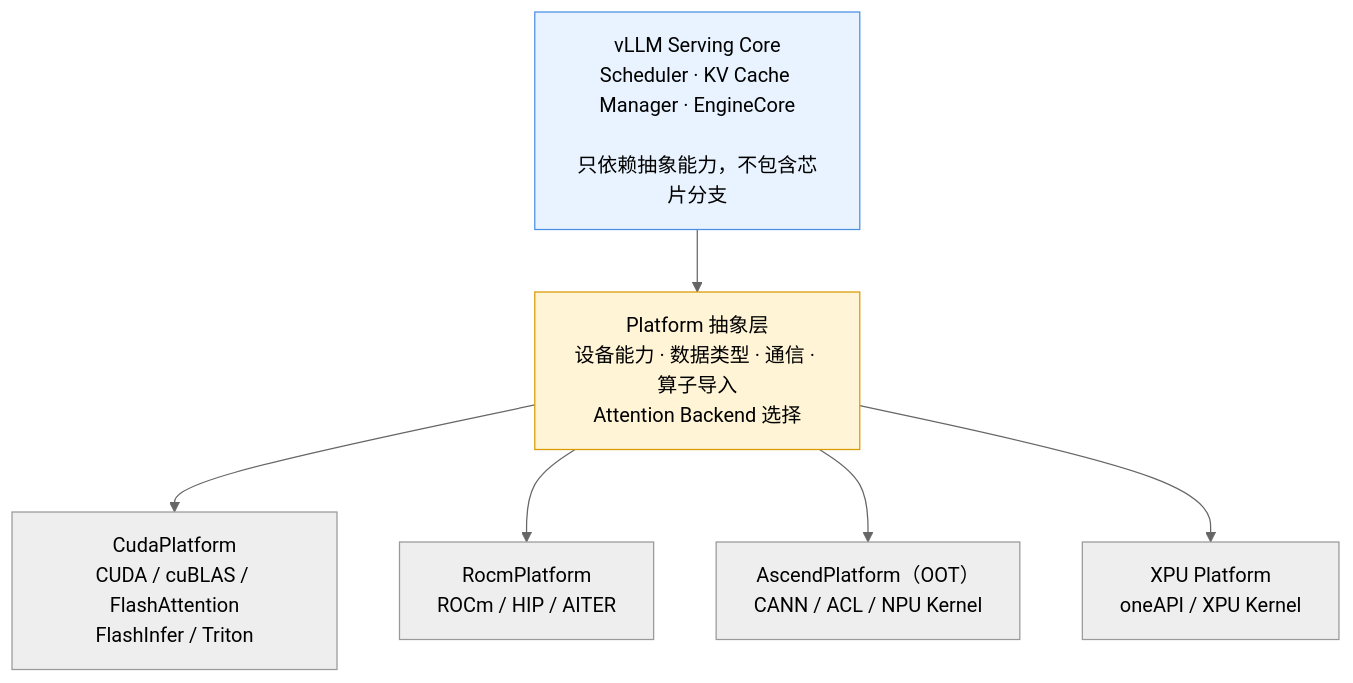
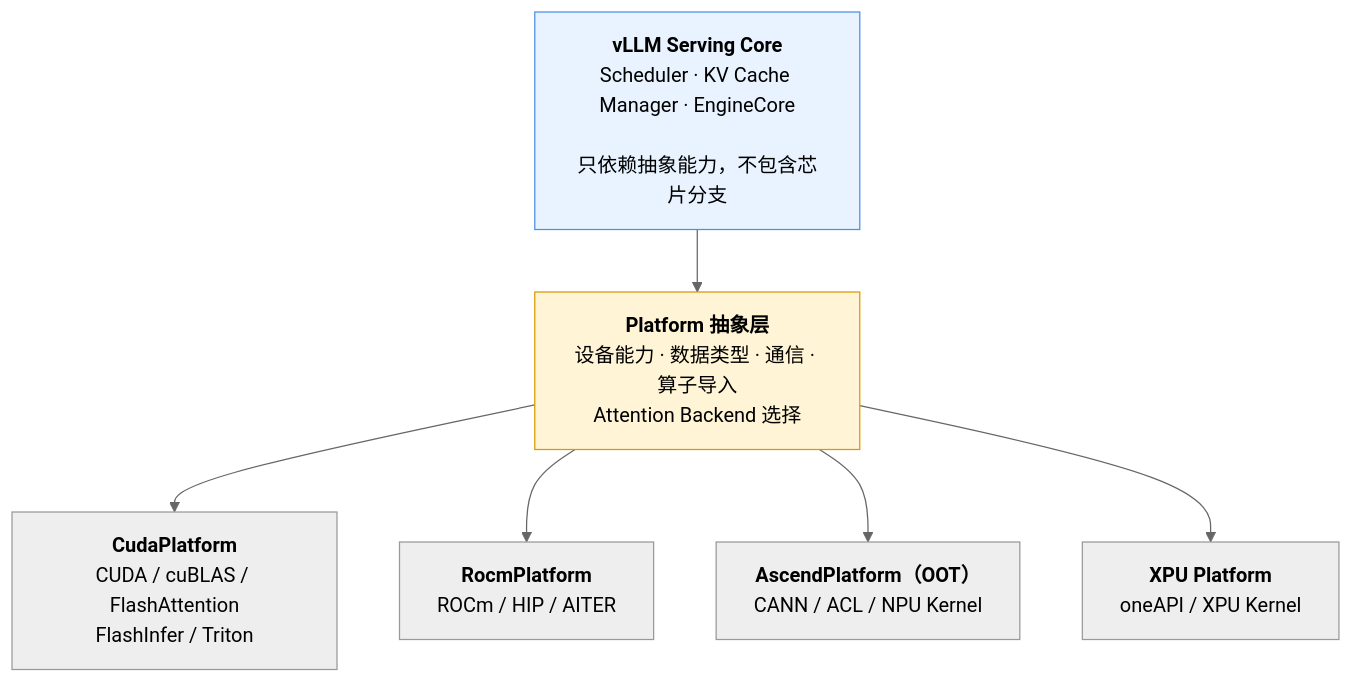
The first of 6 diagrams in _posts/2026-08-23-hardware-abstraction-and-portability.md (arganzheng/arganzheng.github.com), drawn with Mermaid (neutral theme) before and after one commit. The commit also changed other lines of this file and 14 other files, not shown here.

First line of the commit message:
大模型推理系统揭秘：从 vLLM 看 LLM Serving Infra 核心技术：Mermaid 多行方框的首行标为标题（15 篇）

````diff
--- a/_posts/2026-08-23-hardware-abstraction-and-portability.md
+++ b/_posts/2026-08-23-hardware-abstraction-and-portability.md
@@ -118,22 +118,22 @@
 ```mermaid
 %% 图：硬件适配的理想依赖关系：Serving Core 只依赖 Platform 抽象层，CUDA / ROCm / Ascend / XPU 在其下各自实现
 graph TD
-    CORE["vLLM Serving Core<br/>Scheduler · KV Cache Manager · EngineCore<br/><br/>只依赖抽象能力，不包含芯片分支"]
+    CORE["<b>vLLM Serving Core</b><br/>Scheduler · KV Cache Manager · EngineCore<br/><br/>只依赖抽象能力，不包含芯片分支"]
 
     CORE --> PLATFORM
 
-    PLATFORM["Platform 抽象层<br/>设备能力 · 数据类型 · 通信 · 算子导入<br/>Attention Backend 选择"]
+    PLATFORM["<b>Platform 抽象层</b><br/>设备能力 · 数据类型 · 通信 · 算子导入<br/>Attention Backend 选择"]
 
     PLATFORM --> CUDA
     PLATFORM --> ROCM
     PLATFORM --> ASCEND
     PLATFORM --> XPU
 
-    CUDA["CudaPlatform<br/>CUDA / cuBLAS / FlashAttention<br/>FlashInfer / Triton"]
-    ROCM["RocmPlatform<br/>ROCm / HIP / AITER"]
-    ASCEND["AscendPlatform（OOT）<br/>CANN / ACL / NPU Kernel"]
-    XPU["XPU Platform<br/>oneAPI / XPU Kernel"]
+    CUDA["<b>CudaPlatform</b><br/>CUDA / cuBLAS / FlashAttention<br/>FlashInfer / Triton"]
+    ROCM["<b>RocmPlatform</b><br/>ROCm / HIP / AITER"]
+    ASCEND["<b>AscendPlatform（OOT）</b><br/>CANN / ACL / NPU Kernel"]
+    XPU["<b>XPU Platform</b><br/>oneAPI / XPU Kernel"]
 
     style CORE fill:#e8f3ff,stroke:#4a90e2
     style PLATFORM fill:#fff4d6,stroke:#d99a00
 ```
````
